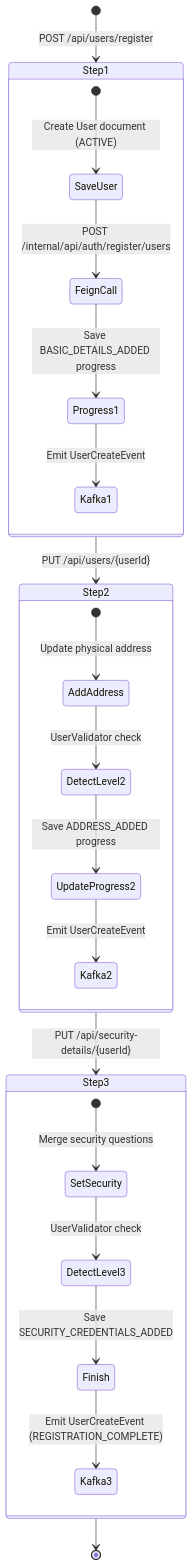
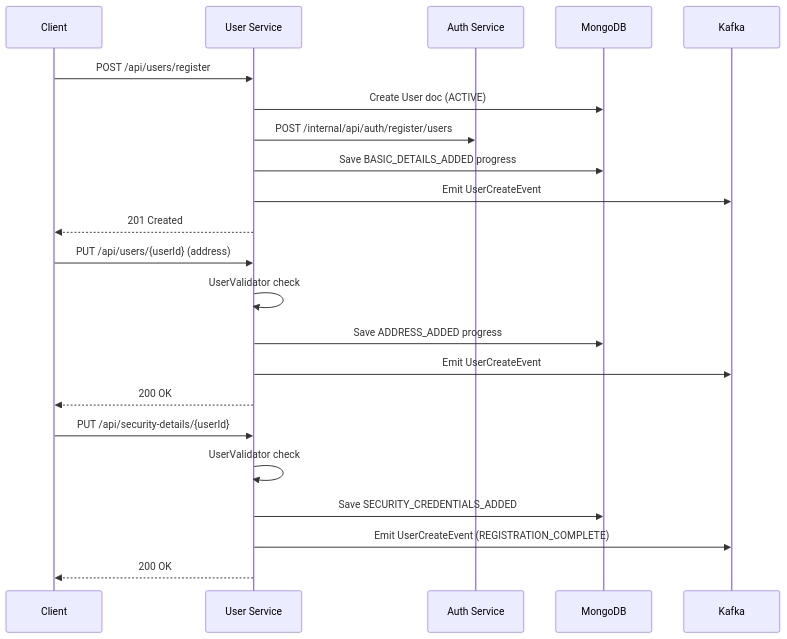
One commit to Event-Based-Banking-Application/arya-banking changed the second of 2 diagrams in content/docs/user-service/architecture.md. Above: the diagram before and after it, drawn with Mermaid. The commit also changed 43 other files, not shown here.

````diff
--- a/content/docs/user-service/architecture.md
+++ b/content/docs/user-service/architecture.md
@@ -28,28 +28,27 @@
 ```mermaid
-stateDiagram-v2
-    [*] --> Step1: POST /api/users/register
-    Step1 --> Step2: PUT /api/users/{userId}
-    Step2 --> Step3: PUT /api/security-details/{userId}
-    Step3 --> [*]
+sequenceDiagram
+    participant C as Client
+    participant US as User Service
+    participant KC as Auth Service
+    participant MG as MongoDB
+    participant KF as Kafka
 
-    state Step1 {
-        [*] --> SaveUser: Create User document (ACTIVE)
-        SaveUser --> FeignCall: POST /internal/api/auth/register/users
-        FeignCall --> Progress1: Save BASIC_DETAILS_ADDED progress
-        Progress1 --> Kafka1: Emit UserCreateEvent
-    }
+    C->>US: POST /api/users/register
+    US->>MG: Create User doc (ACTIVE)
+    US->>KC: POST /internal/api/auth/register/users
+    US->>MG: Save BASIC_DETAILS_ADDED progress
+    US->>KF: Emit UserCreateEvent
+    US-->>C: 201 Created
 
-    state Step2 {
-        [*] --> AddAddress: Update physical address
-        AddAddress --> DetectLevel2: UserValidator check
-        DetectLevel2 --> UpdateProgress2: Save ADDRESS_ADDED progress
-        UpdateProgress2 --> Kafka2: Emit UserCreateEvent
-    }
+    C->>US: PUT /api/users/{userId} (address)
+    US->>US: UserValidator check
+    US->>MG: Save ADDRESS_ADDED progress
+    US->>KF: Emit UserCreateEvent
+    US-->>C: 200 OK
 
-    state Step3 {
-        [*] --> SetSecurity: Merge security questions
-        SetSecurity --> DetectLevel3: UserValidator check
-        DetectLevel3 --> Finish: Save SECURITY_CREDENTIALS_ADDED
-        Finish --> Kafka3: Emit UserCreateEvent (REGISTRATION_COMPLETE)
-    }
+    C->>US: PUT /api/security-details/{userId}
+    US->>US: UserValidator check
+    US->>MG: Save SECURITY_CREDENTIALS_ADDED
+    US->>KF: Emit UserCreateEvent (REGISTRATION_COMPLETE)
+    US-->>C: 200 OK
 ```
````
